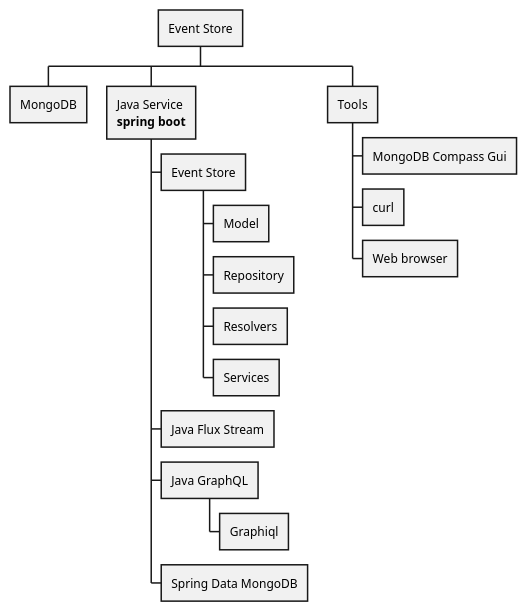
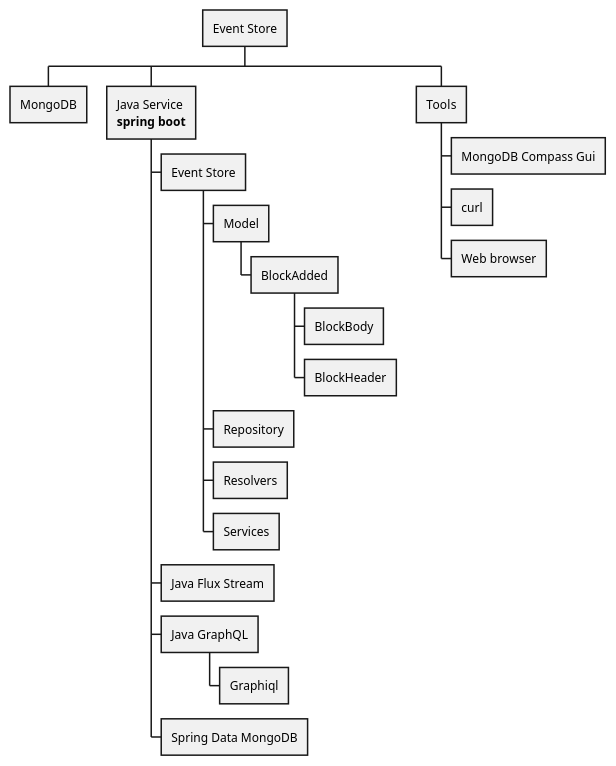
The second of 4 diagrams in docs/images/Diagrams_plant_uml.md (lucribas/casper-event-store-graphql), drawn with PlantUML before and after one commit. The commit also changed other lines of this file and 9 other files, not shown here.

````diff
--- a/docs/images/Diagrams_plant_uml.md
+++ b/docs/images/Diagrams_plant_uml.md
@@ -22,21 +22,24 @@
 ```plantuml
 @startwbs
 * Event Store
 ** MongoDB
 ** Java Service\n**spring boot**
 *** Event Store
 **** Model
+***** BlockAdded
+****** BlockBody
+****** BlockHeader
 **** Repository
 **** Resolvers
 **** Services
 *** Java Flux Stream
 *** Java GraphQL
 **** Graphiql
 *** Spring Data MongoDB
 ** Tools
 *** MongoDB Compass Gui
 *** curl
 *** Web browser
 
 @endwbs
 ```
````
